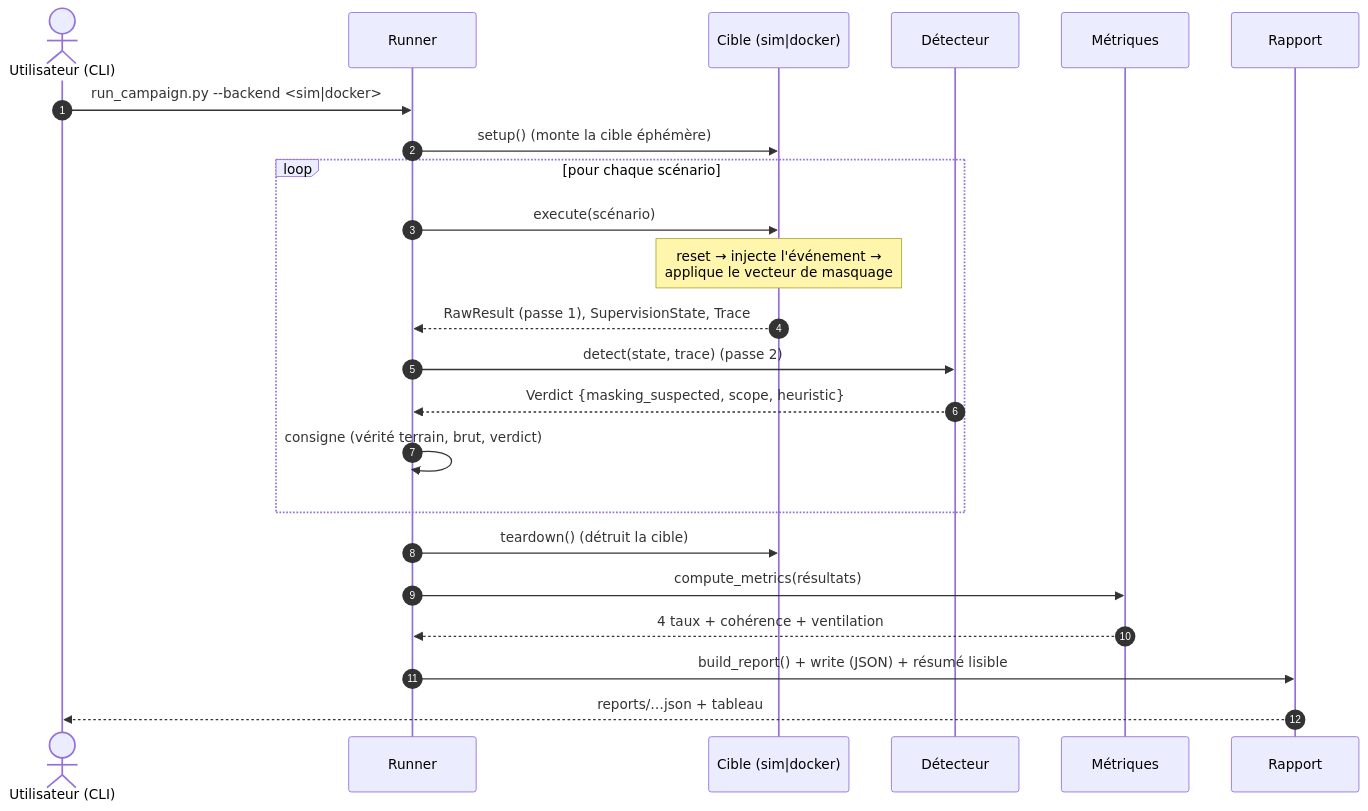
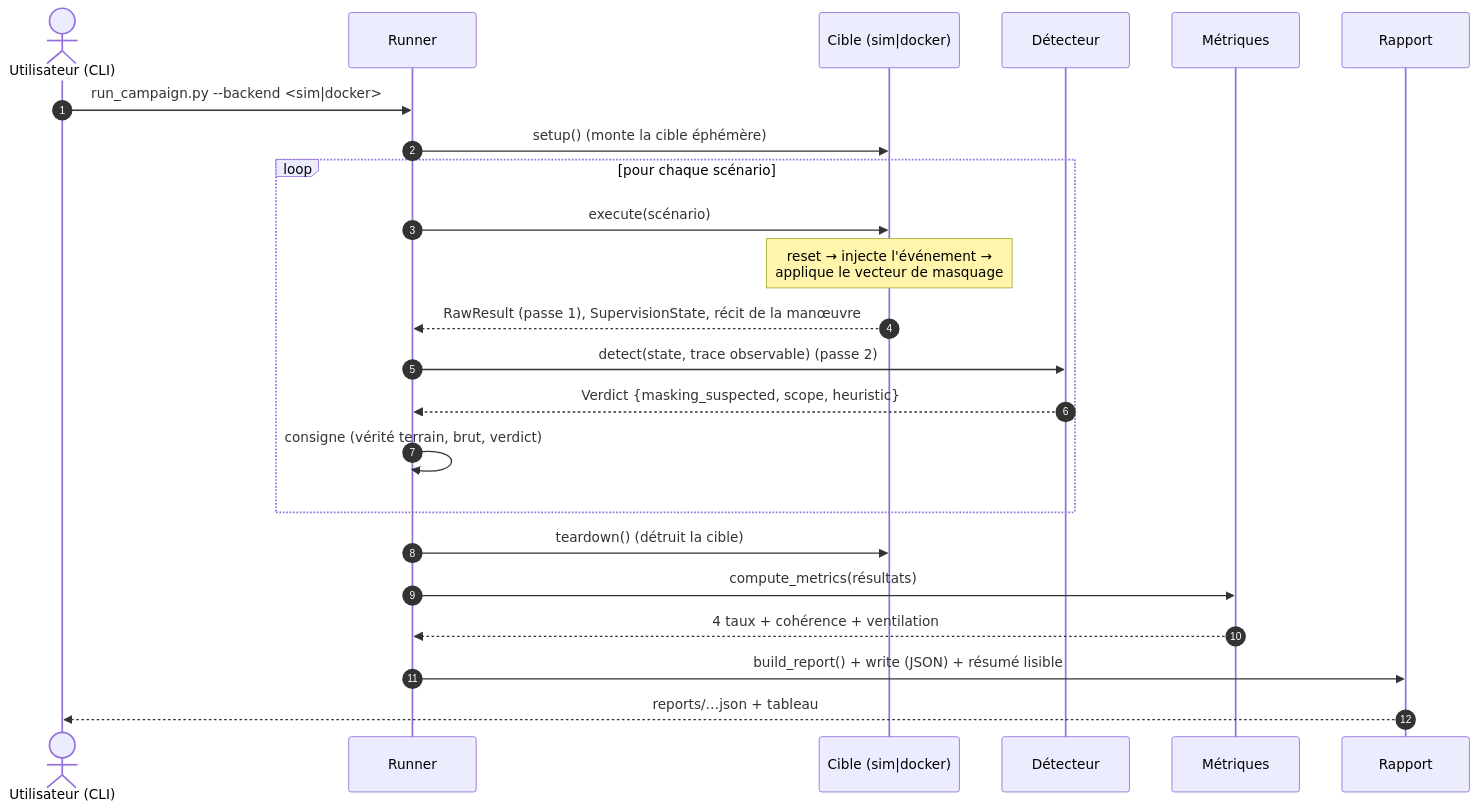
Before and after one commit to apex-numeris/sourdine: the first of 4 diagrams in docs/03-diagramme-de-sequence.md, drawn with Mermaid. The commit also changed other lines of this file and 13 other files, not shown here.

````diff
--- a/docs/03-diagramme-de-sequence.md
+++ b/docs/03-diagramme-de-sequence.md
@@ -5,26 +5,26 @@
 ```mermaid
 sequenceDiagram
     autonumber
     actor U as Utilisateur (CLI)
     participant R as Runner
     participant T as Cible (sim|docker)
     participant D as Détecteur
     participant M as Métriques
     participant P as Rapport
 
     U->>R: run_campaign.py --backend <sim|docker>
     R->>T: setup() (monte la cible éphémère)
     loop pour chaque scénario
         R->>T: execute(scénario)
         Note over T: reset → injecte l'événement →<br/>applique le vecteur de masquage
-        T-->>R: RawResult (passe 1), SupervisionState, Trace
-        R->>D: detect(state, trace)  (passe 2)
+        T-->>R: RawResult (passe 1), SupervisionState, récit de la manœuvre
+        R->>D: detect(state, trace observable)  (passe 2)
         D-->>R: Verdict {masking_suspected, scope, heuristic}
         R->>R: consigne (vérité terrain, brut, verdict)
     end
     R->>T: teardown() (détruit la cible)
     R->>M: compute_metrics(résultats)
     M-->>R: 4 taux + cohérence + ventilation
     R->>P: build_report() + write (JSON) + résumé lisible
     P-->>U: reports/…json + tableau
 ```
````
